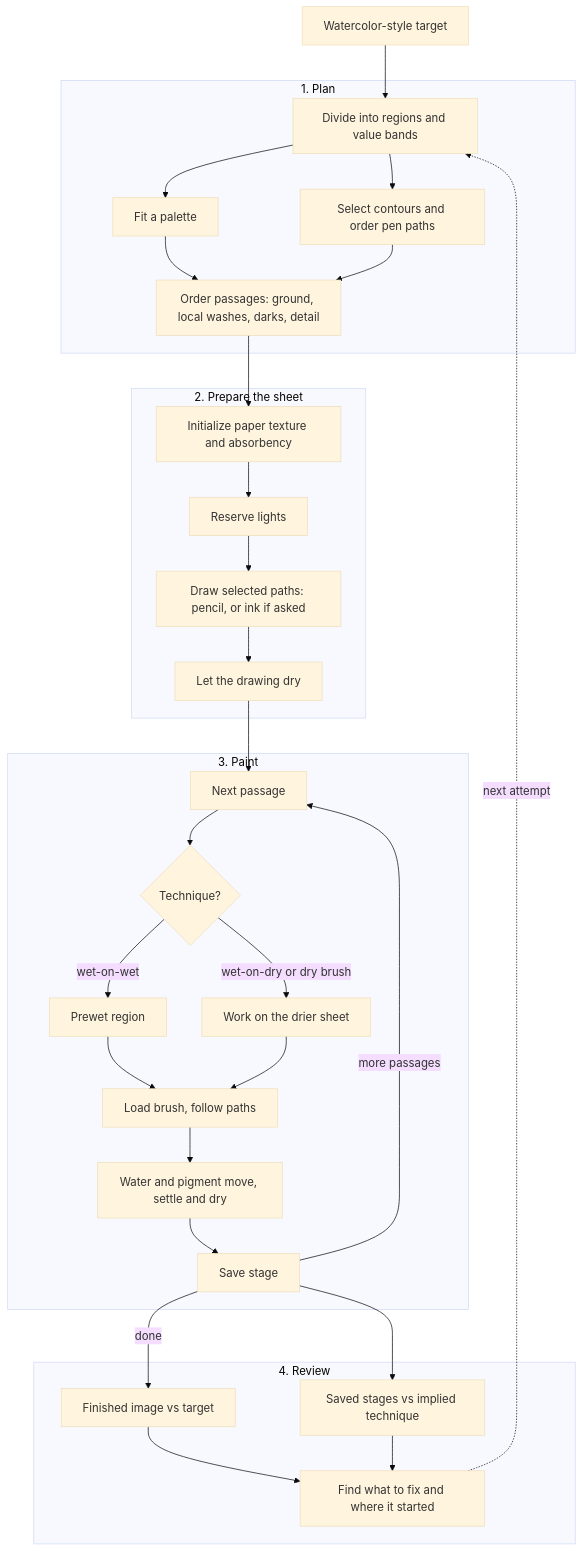
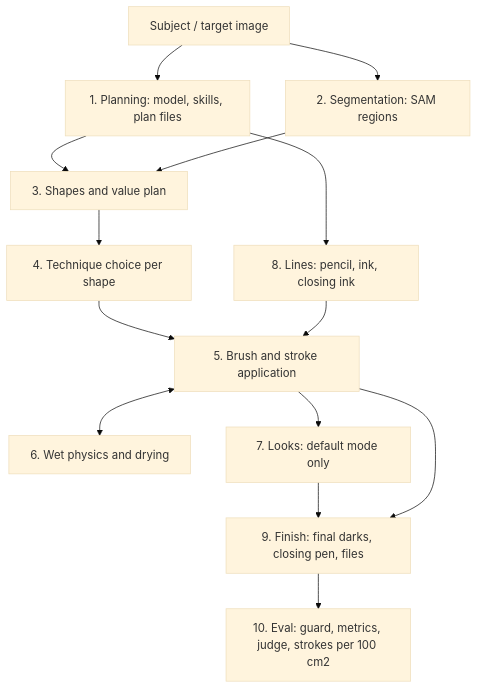
One commit to sabj/unpainting changed the diagram in docs/how-it-paints.md. Above: the diagram before and after it, drawn with Mermaid (base theme). The commit also changed other lines of this file and 9 other files, not shown here.

````diff
--- a/docs/how-it-paints.md
+++ b/docs/how-it-paints.md
@@ -76,39 +25,16 @@
 ```mermaid
 flowchart TD
-    T[Watercolor-style target] --> P1
-
-    subgraph P[1. Plan]
-        P1[Divide into regions and value bands] --> P2[Fit a palette]
-        P1 --> P3[Select contours and order pen paths]
-        P2 --> P4[Order passages: ground, local washes, darks, detail]
-        P3 --> P4
-    end
-
-    subgraph S[2. Prepare the sheet]
-        S1[Initialize paper texture and absorbency] --> S2[Reserve lights]
-        S2 --> S3[Draw selected paths: pencil, or ink if asked]
-        S3 --> S4[Let the drawing dry]
-    end
-
-    subgraph W[3. Paint]
-        W1[Next passage] --> W2{Technique?}
-        W2 -->|wet-on-wet| W3[Prewet region]
-        W2 -->|wet-on-dry or dry brush| W4[Work on the drier sheet]
-        W3 --> W5[Load brush, follow paths]
-        W4 --> W5
-        W5 --> W6[Water and pigment move, settle and dry]
-        W6 --> W7[Save stage]
-        W7 -->|more passages| W1
-    end
-
-    subgraph R[4. Review]
-        R1[Finished image vs target] --> R3[Find what to fix and where it started]
-        R2[Saved stages vs implied technique] --> R3
-    end
-
-    P4 --> S1
-    S4 --> W1
-    W7 -->|done| R1
-    W7 --> R2
-    R3 -. next attempt .-> P1
+    S[Subject / target image] --> A[1. Planning: model, skills, plan files]
+    S --> B[2. Segmentation: SAM regions]
+    A --> C[3. Shapes and value plan]
+    B --> C
+    C --> D[4. Technique choice per shape]
+    D --> E[5. Brush and stroke application]
+    E <--> F[6. Wet physics and drying]
+    E --> G[7. Looks: default mode only]
+    A --> H[8. Lines: pencil, ink, closing ink]
+    H --> E
+    G --> I[9. Finish: final darks, closing pen, files]
+    E --> I
+    I --> J[10. Eval: guard, metrics, judge, strokes per 100 cm2]
 ```
````
